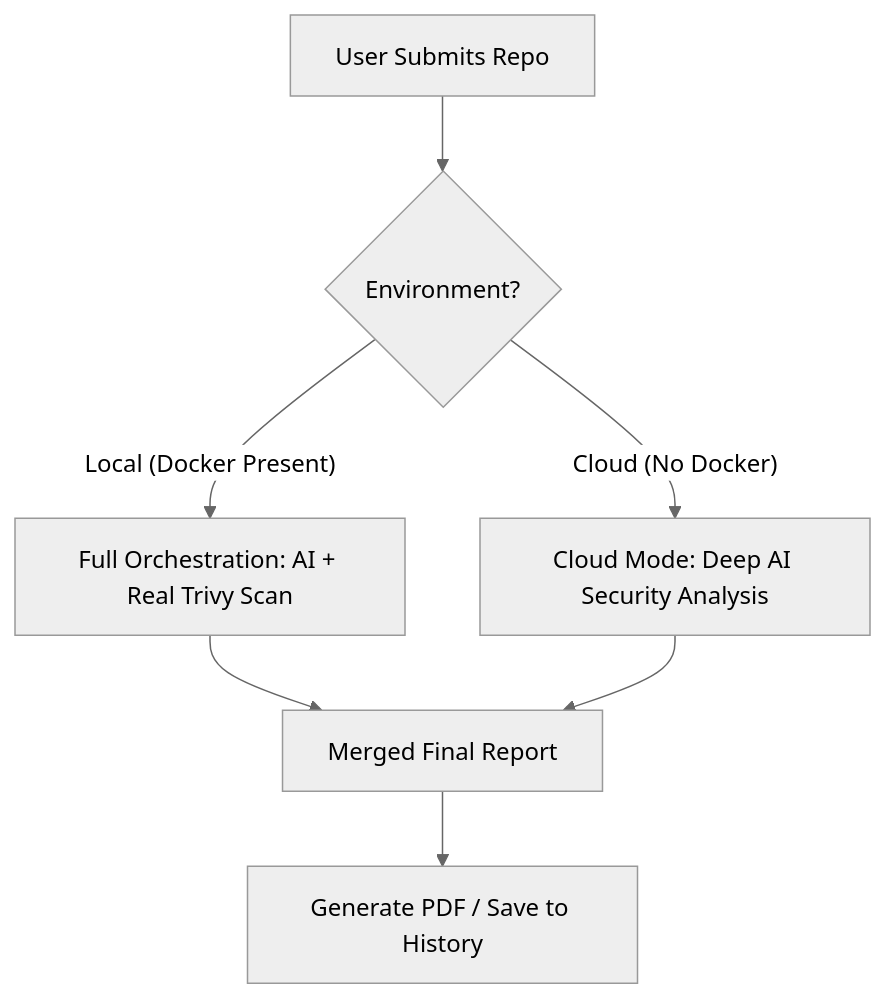
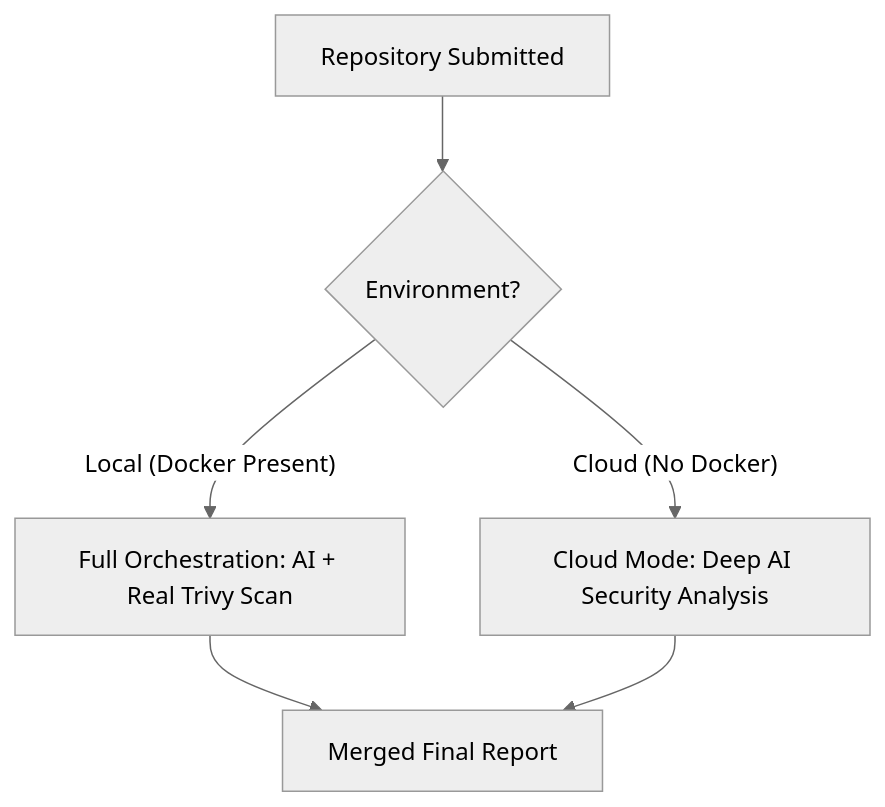
One commit to wasifshaffaq/devops-auditor changed the diagram in README.md. Above: the diagram before and after it, drawn with Mermaid (neutral theme). The commit also changed other lines of this file, not shown here.

````diff
--- a/README.md
+++ b/README.md
@@ -54,9 +45,8 @@
 ```mermaid
 graph TD
-    A[User Submits Repo] --> B{Environment?}
+    A[Repository Submitted] --> B{Environment?}
     B -- "Local (Docker Present)" --> C[Full Orchestration: AI + Real Trivy Scan]
     B -- "Cloud (No Docker)" --> D[Cloud Mode: Deep AI Security Analysis]
     C --> E[Merged Final Report]
     D --> E[Merged Final Report]
-    E --> F[Generate PDF / Save to History]
 ```
````
